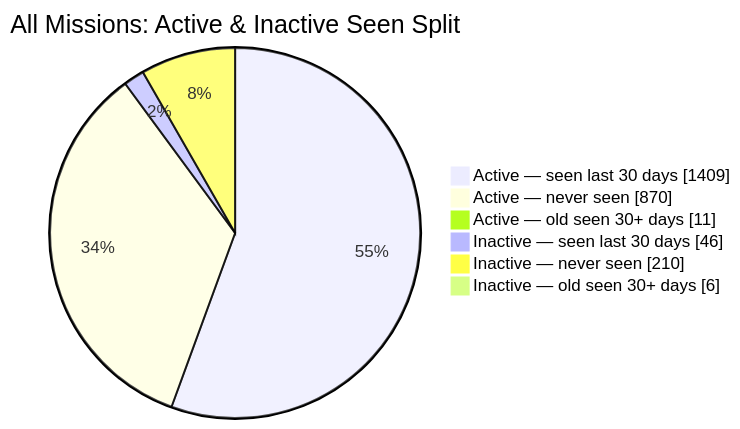
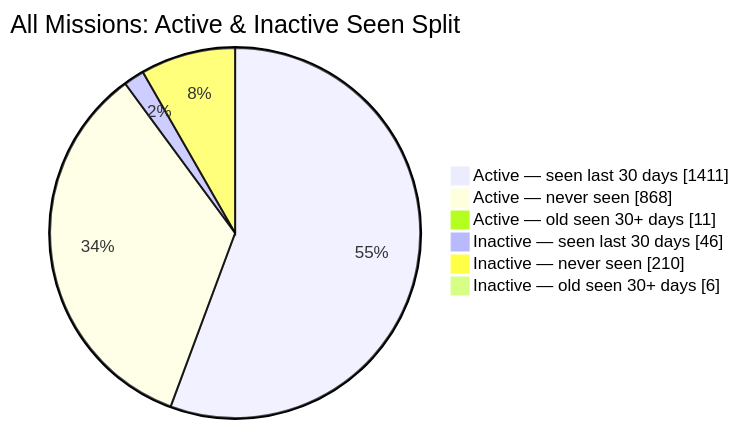
The second of 2 diagrams in README.md (MeldkamerspelGameTeam/active-missions), drawn with Mermaid before and after one commit. The commit also changed other lines of this file and 2 other files, not shown here.

````diff
--- a/README.md
+++ b/README.md
@@ -44,10 +44,10 @@
 ```mermaid
 pie showData
     title All Missions: Active & Inactive Seen Split
-    "Active — seen last 30 days" : 1409
-    "Active — never seen" : 870
+    "Active — seen last 30 days" : 1411
+    "Active — never seen" : 868
     "Active — old seen 30+ days" : 11
     "Inactive — seen last 30 days" : 46
     "Inactive — never seen" : 210
     "Inactive — old seen 30+ days" : 6
 ```
````
